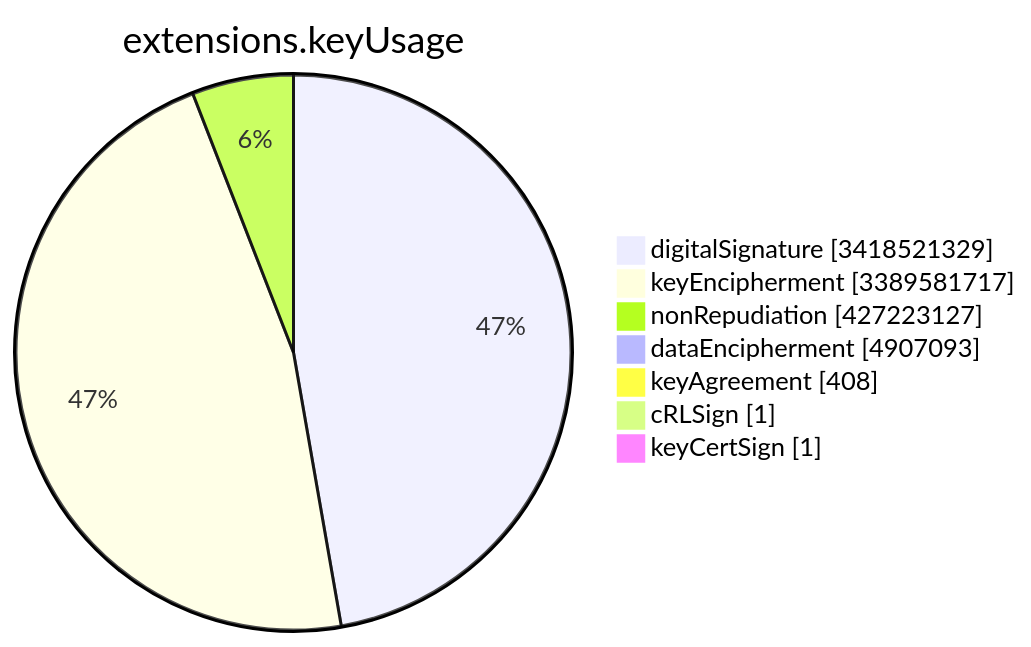
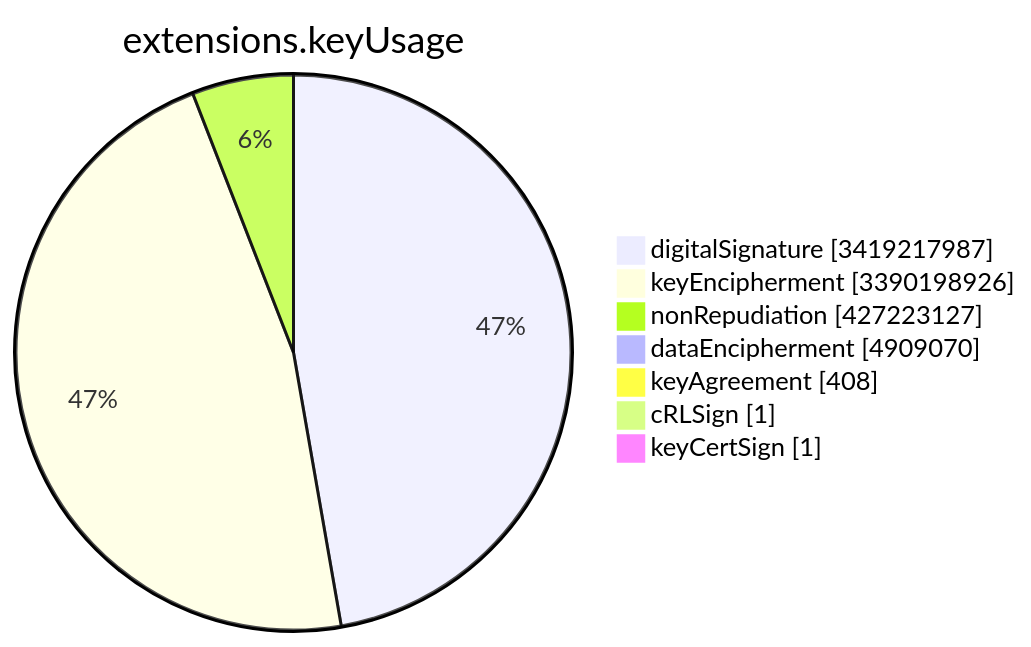
The sixth of 15 diagrams in TOTAL/README.md (christiankrug/ctmonitor_visualization), drawn with Mermaid before and after one commit. The commit also changed other lines of this file, not shown here.

````diff
--- a/TOTAL/README.md
+++ b/TOTAL/README.md
@@ -3081,11 +3081,11 @@
 ```mermaid
 pie showData
 title extensions.keyUsage
-"digitalSignature" :3418521329
-"keyEncipherment" :3389581717
+"digitalSignature" :3419217987
+"keyEncipherment" :3390198926
 "nonRepudiation" :427223127
-"dataEncipherment" :4907093
+"dataEncipherment" :4909070
 "keyAgreement" :408
 "cRLSign" :1
 "keyCertSign" :1
 ```
````
